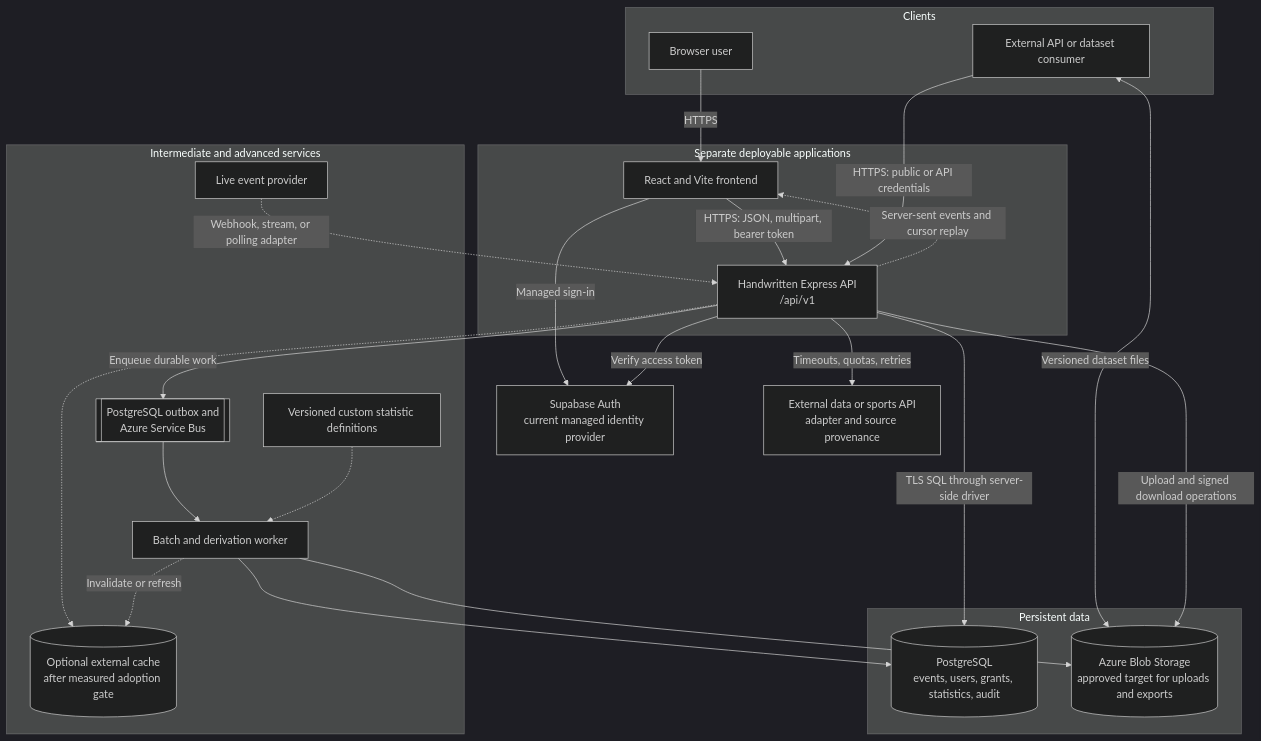
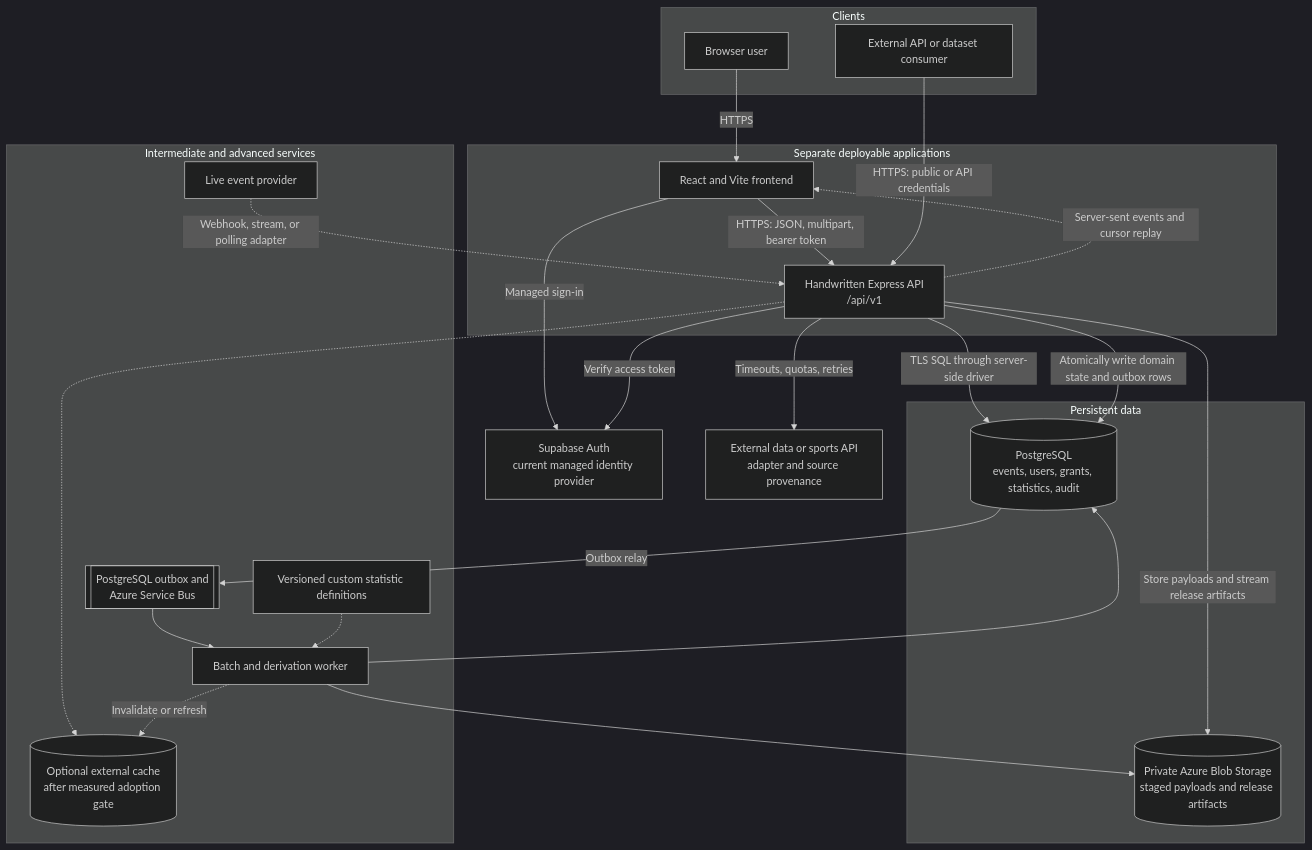
Before and after one commit to NadavSundy/Sport-Analytics-Tool: the first of 4 diagrams in docs/architecture/system-architecture.md, drawn with Mermaid (dark theme). The commit also changed other lines of this file and 4 other files, not shown here.

First line of the commit message:
docs(architecture): reconcile final system documentation

````diff
--- a/docs/architecture/system-architecture.md
+++ b/docs/architecture/system-architecture.md
@@ -93,47 +93,47 @@
 ```mermaid
 flowchart TB
     subgraph Clients[Clients]
         User[Browser user]
         Consumer[External API or dataset consumer]
     end
 
     subgraph Applications[Separate deployable applications]
         Frontend[React and Vite frontend]
         API[Handwritten Express API<br/>/api/v1]
     end
 
     Auth[Supabase Auth<br/>current managed identity provider]
     External[External data or sports API<br/>adapter and source provenance]
 
     subgraph Data[Persistent data]
         DB[(PostgreSQL<br/>events, users, grants, statistics, audit)]
-        Files[(Azure Blob Storage<br/>approved target for uploads and exports)]
+        Files[(Private Azure Blob Storage<br/>staged payloads and release artifacts)]
     end
 
     subgraph Services[Intermediate and advanced services]
         Queue[[PostgreSQL outbox and<br/>Azure Service Bus]]
         Worker[Batch and derivation worker]
         Cache[(Optional external cache<br/>after measured adoption gate)]
         Live[Live event provider]
         Definitions[Versioned custom statistic definitions]
     end
 
     User -->|HTTPS| Frontend
     Frontend -->|Managed sign-in| Auth
     Frontend -->|HTTPS: JSON, multipart, bearer token| API
     Consumer -->|HTTPS: public or API credentials| API
-    Consumer <-->|Versioned dataset files| Files
     API -->|Verify access token| Auth
     API -->|TLS SQL through server-side driver| DB
-    API -->|Upload and signed download operations| Files
+    API -->|Store payloads and stream release artifacts| Files
     API -->|Timeouts, quotas, retries| External
-    API -->|Enqueue durable work| Queue
+    API -->|Atomically write domain state and outbox rows| DB
+    DB -->|Outbox relay| Queue
     Queue --> Worker
     Worker --> DB
     Worker --> Files
     API -.-> Cache
     Worker -.->|Invalidate or refresh| Cache
     Live -.->|Webhook, stream, or polling adapter| API
     API -.->|Server-sent events and cursor replay| Frontend
     Definitions -.-> Worker
 ```
````
